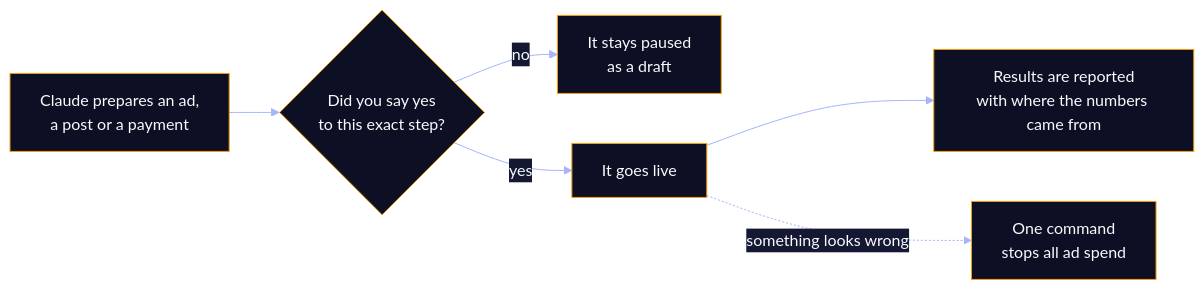
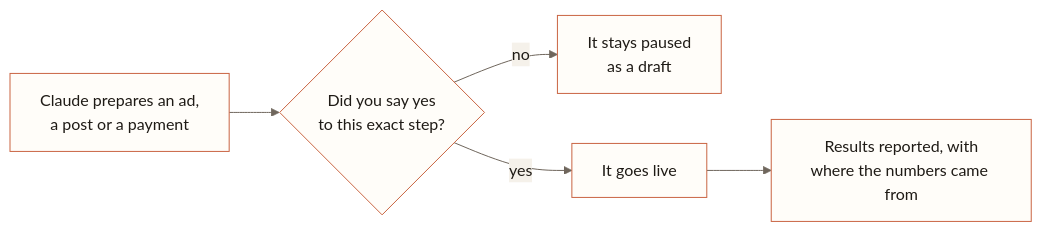
One commit to F0rger123/claude-business-god-mode changed the second of 3 diagrams in README.md. Above: the diagram before and after it, drawn with Mermaid. The commit also changed other lines of this file and 2 other files, not shown here.

````diff
--- a/README.md
+++ b/README.md
@@ -88,9 +117,8 @@
 ```mermaid
-%%{init: {'theme':'base','themeVariables':{'primaryColor':'#0d0f24','primaryTextColor':'#f8fafc','primaryBorderColor':'#f59e0b','lineColor':'#a5b4fc','secondaryColor':'#151833','tertiaryColor':'#05070f','clusterBkg':'transparent','clusterBorder':'#f59e0b','noteBkgColor':'#151833','noteTextColor':'#f8fafc','actorBkg':'#0d0f24','actorTextColor':'#f8fafc','actorBorder':'#f59e0b','signalColor':'#a5b4fc','signalTextColor':'#a5b4fc','labelBoxBkgColor':'#0d0f24','fontFamily':'inherit'}}}%%
+%%{init: {'theme':'base','themeVariables':{'primaryColor':'#fffdf9','primaryTextColor':'#1f1b16','primaryBorderColor':'#c96442','lineColor':'#6f665c','secondaryColor':'#f5f1ea','tertiaryColor':'#efe7da','clusterBkg':'transparent','clusterBorder':'#c96442','noteBkgColor':'#f5f1ea','noteTextColor':'#1f1b16','actorBkg':'#fffdf9','actorTextColor':'#1f1b16','actorBorder':'#c96442','signalColor':'#6f665c','signalTextColor':'#6f665c','labelBoxBkgColor':'#fffdf9','fontFamily':'inherit'}}}%%
 flowchart LR
     A["Claude prepares an ad,<br/>a post or a payment"] --> B{"Did you say yes<br/>to this exact step?"}
     B -->|no| C["It stays paused<br/>as a draft"]
     B -->|yes| D["It goes live"]
-    D --> E["Results are reported<br/>with where the numbers came from"]
-    D -.->|"something looks wrong"| F["One command<br/>stops all ad spend"]
+    D --> E["Results reported, with<br/>where the numbers came from"]
 ```
````
